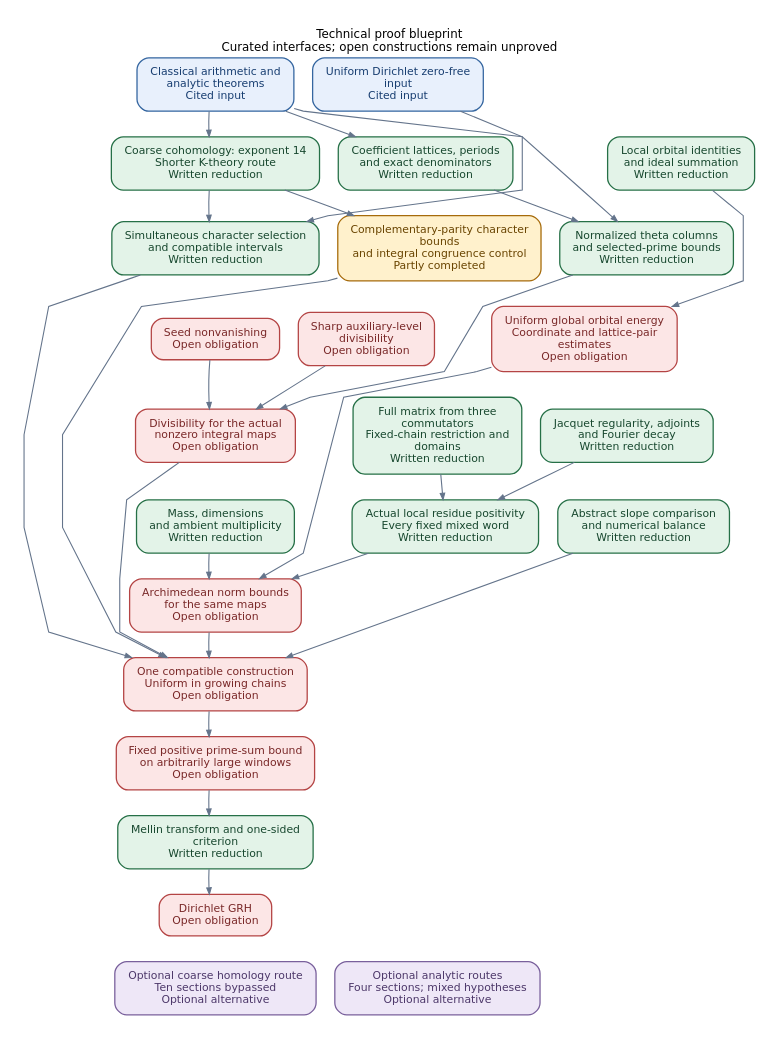
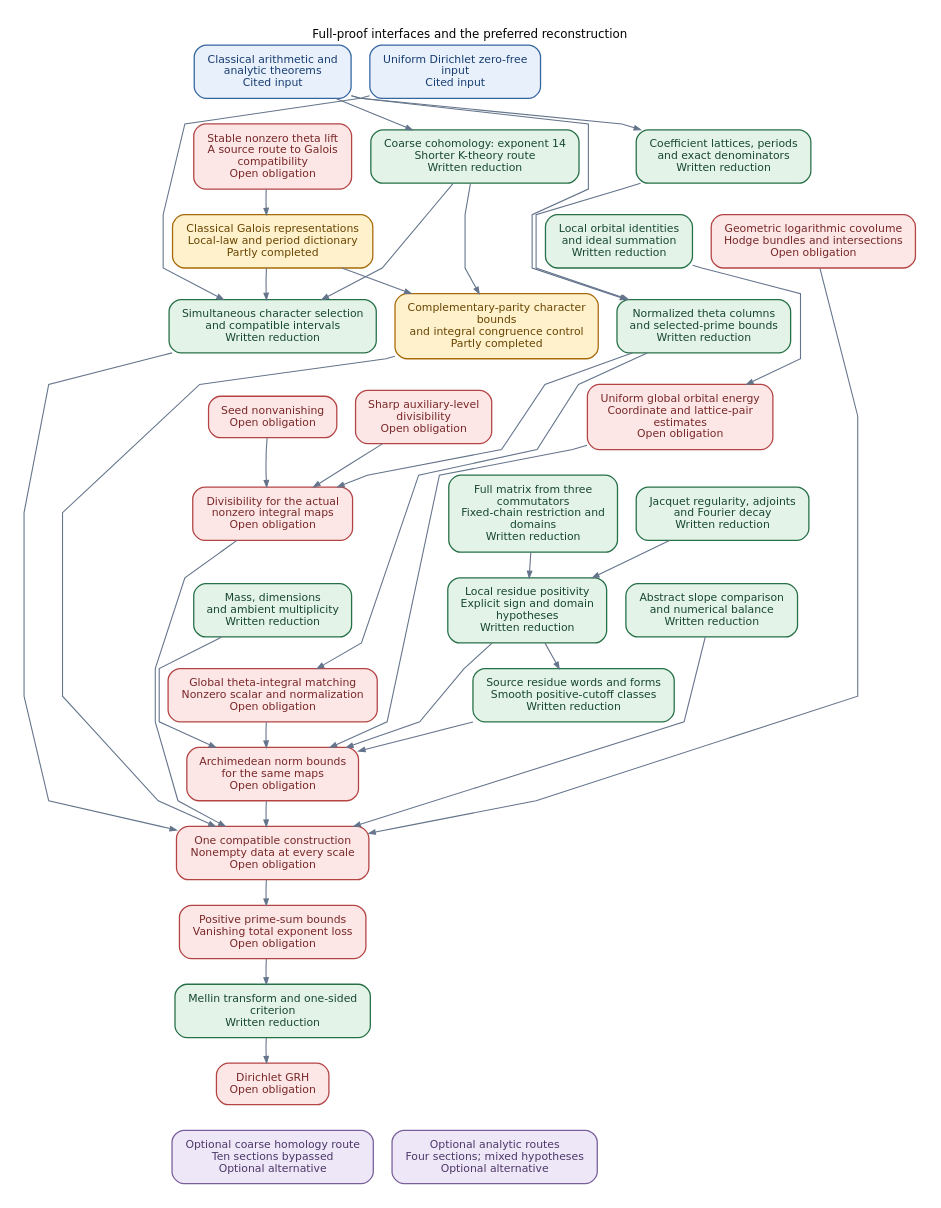
One commit to JoseBrox/GRH_distillation changed the diagram in blueprint/technical.dot. Above: the diagram before and after it, drawn with Graphviz. The commit also changed 53 other files, not shown here.

Commit message:
Map the full proof program and strengthen analytic and local reductions

```diff
--- a/blueprint/technical.dot
+++ b/blueprint/technical.dot
@@ -1,92 +1,112 @@
 digraph proof {
 graph [rankdir=TB, bgcolor="white", pad="0.24", nodesep="0.30", ranksep="0.48",
-  fontname="DejaVu Sans", fontsize=12, labelloc=t, label="Technical proof blueprint\nCurated interfaces; open constructions remain unproved", splines=polyline];
+  fontname="DejaVu Sans", fontsize=12, labelloc=t, label="Full-proof interfaces and the preferred reconstruction", splines=polyline];
 node [shape=box, style="rounded,filled", fontname="DejaVu Sans", fontsize=11,
   margin="0.18,0.12", penwidth=1.3];
 edge [color="#64748B", penwidth=1.1, arrowsize=0.65];
 graph [nodesep="0.26", ranksep="0.36"];
 "qrh" [label="Uniform Dirichlet zero-free\ninput\nCited input", fillcolor="#E8F0FC", color="#3566A0", fontcolor="#173D70"];
 "classical" [label="Classical arithmetic and\nanalytic theorems\nCited input", fillcolor="#E8F0FC", color="#3566A0", fontcolor="#173D70"];
 "selection" [label="Simultaneous character selection\nand compatible intervals\nWritten reduction", fillcolor="#E3F3E8", color="#267047", fontcolor="#17472E"];
 "coarse" [label="Coarse cohomology: exponent 14\nShorter K-theory route\nWritten reduction", fillcolor="#E3F3E8", color="#267047", fontcolor="#17472E"];
 "refined" [label="Complementary-parity character\nbounds\nand integral congruence control\nPartly completed", fillcolor="#FFF1CC", color="#A66B0B", fontcolor="#694400"];
 "coefficients" [label="Coefficient lattices, periods\nand exact denominators\nWritten reduction", fillcolor="#E3F3E8", color="#267047", fontcolor="#17472E"];
 "theta" [label="Normalized theta columns\nand selected-prime bounds\nWritten reduction", fillcolor="#E3F3E8", color="#267047", fontcolor="#17472E"];
 "seed" [label="Seed nonvanishing\nOpen obligation", fillcolor="#FCE6E6", color="#B44444", fontcolor="#792828"];
 "level" [label="Sharp auxiliary-level\ndivisibility\nOpen obligation", fillcolor="#FCE6E6", color="#B44444", fontcolor="#792828"];
 "divisibility" [label="Divisibility for the actual\nnonzero integral maps\nOpen obligation", fillcolor="#FCE6E6", color="#B44444", fontcolor="#792828"];
 "local_orbits" [label="Local orbital identities\nand ideal summation\nWritten reduction", fillcolor="#E3F3E8", color="#267047", fontcolor="#17472E"];
 "global_orbits" [label="Uniform global orbital energy\nCoordinate and lattice-pair\nestimates\nOpen obligation", fillcolor="#FCE6E6", color="#B44444", fontcolor="#792828"];
 "dimensions" [label="Mass, dimensions\nand ambient multiplicity\nWritten reduction", fillcolor="#E3F3E8", color="#267047", fontcolor="#17472E"];
 "matrix" [label="Full matrix from three\ncommutators\nFixed-chain restriction and\ndomains\nWritten reduction", fillcolor="#E3F3E8", color="#267047", fontcolor="#17472E"];
 "jacquet" [label="Jacquet regularity, adjoints\nand Fourier decay\nWritten reduction", fillcolor="#E3F3E8", color="#267047", fontcolor="#17472E"];
-"residue" [label="Actual local residue positivity\nEvery fixed mixed word\nWritten reduction", fillcolor="#E3F3E8", color="#267047", fontcolor="#17472E"];
+"residue" [label="Local residue positivity\nExplicit sign and domain\nhypotheses\nWritten reduction", fillcolor="#E3F3E8", color="#267047", fontcolor="#17472E"];
 "norms" [label="Archimedean norm bounds\nfor the same maps\nOpen obligation", fillcolor="#FCE6E6", color="#B44444", fontcolor="#792828"];
 "slope" [label="Abstract slope comparison\nand numerical balance\nWritten reduction", fillcolor="#E3F3E8", color="#267047", fontcolor="#17472E"];
-"compatible" [label="One compatible construction\nUniform in growing chains\nOpen obligation", fillcolor="#FCE6E6", color="#B44444", fontcolor="#792828"];
-"bound" [label="Fixed positive prime-sum bound\non arbitrarily large windows\nOpen obligation", fillcolor="#FCE6E6", color="#B44444", fontcolor="#792828"];
+"compatible" [label="One compatible construction\nNonempty data at every scale\nOpen obligation", fillcolor="#FCE6E6", color="#B44444", fontcolor="#792828"];
+"bound" [label="Positive prime-sum bounds\nVanishing total exponent loss\nOpen obligation", fillcolor="#FCE6E6", color="#B44444", fontcolor="#792828"];
 "criterion" [label="Mellin transform and one-sided\ncriterion\nWritten reduction", fillcolor="#E3F3E8", color="#267047", fontcolor="#17472E"];
 "grh" [label="Dirichlet GRH\nOpen obligation", fillcolor="#FCE6E6", color="#B44444", fontcolor="#792828"];
 "alt_homology" [label="Optional coarse homology route\nTen sections bypassed\nOptional alternative", fillcolor="#EEE7F7", color="#79609C", fontcolor="#4C3769"];
 "alt_analytic" [label="Optional analytic routes\nFour sections; mixed hypotheses\nOptional alternative", fillcolor="#EEE7F7", color="#79609C", fontcolor="#4C3769"];
+"galois" [label="Classical Galois representations\nLocal-law and period dictionary\nPartly completed", fillcolor="#FFF1CC", color="#A66B0B", fontcolor="#694400"];
+"stable_lift" [label="Stable nonzero theta lift\nA source route to Galois\ncompatibility\nOpen obligation", fillcolor="#FCE6E6", color="#B44444", fontcolor="#792828"];
+"theta_identity" [label="Global theta-integral matching\nNonzero scalar and normalization\nOpen obligation", fillcolor="#FCE6E6", color="#B44444", fontcolor="#792828"];
+"geometry" [label="Geometric logarithmic covolume\nHodge bundles and intersections\nOpen obligation", fillcolor="#FCE6E6", color="#B44444", fontcolor="#792828"];
+"source_dictionary" [label="Source residue words and forms\nSmooth positive-cutoff classes\nWritten reduction", fillcolor="#E3F3E8", color="#267047", fontcolor="#17472E"];
 "qrh" -> "selection";
 "classical" -> "coarse";
 "coarse" -> "selection";
 "coarse" -> "refined";
 "classical" -> "coefficients";
 "classical" -> "theta";
 "coefficients" -> "theta";
 "theta" -> "divisibility";
 "seed" -> "divisibility";
 "level" -> "divisibility";
 "local_orbits" -> "global_orbits";
 "global_orbits" -> "norms";
 "dimensions" -> "norms";
 "matrix" -> "residue";
 "jacquet" -> "residue";
 "residue" -> "norms";
 "selection" -> "compatible";
 "refined" -> "compatible";
 "divisibility" -> "compatible";
 "norms" -> "compatible";
 "slope" -> "compatible";
 "compatible" -> "bound";
 "bound" -> "criterion";
 "criterion" -> "grh";
+"stable_lift" -> "galois";
+"galois" -> "selection";
+"galois" -> "refined";
+"theta" -> "theta_identity";
+"theta_identity" -> "norms";
+"geometry" -> "compatible";
+"residue" -> "source_dictionary";
+"source_dictionary" -> "norms";
 {rank=same; "classical"; "qrh";}
-{rank=same; "coarse"; "coefficients"; "local_orbits";}
+{rank=same; "stable_lift"; "coarse"; "coefficients";}
+{rank=same; "galois"; "local_orbits"; "geometry";}
 {rank=same; "selection"; "refined"; "theta";}
 {rank=same; "seed"; "level"; "global_orbits";}
 {rank=same; "divisibility"; "matrix"; "jacquet";}
 {rank=same; "dimensions"; "residue"; "slope";}
+{rank=same; "theta_identity"; "source_dictionary";}
 {rank=same; "norms";}
 {rank=same; "compatible";}
 {rank=same; "bound";}
 {rank=same; "criterion";}
 {rank=same; "grh";}
 {rank=same; "alt_homology"; "alt_analytic";}
 // Invisible edges below control layout only; they are not proof interfaces.
 "classical" -> "qrh" [style=invis, weight=50];
+"stable_lift" -> "coarse" [style=invis, weight=50];
 "coarse" -> "coefficients" [style=invis, weight=50];
-"coefficients" -> "local_orbits" [style=invis, weight=50];
+"galois" -> "local_orbits" [style=invis, weight=50];
+"local_orbits" -> "geometry" [style=invis, weight=50];
 "selection" -> "refined" [style=invis, weight=50];
 "refined" -> "theta" [style=invis, weight=50];
 "seed" -> "level" [style=invis, weight=50];
 "level" -> "global_orbits" [style=invis, weight=50];
 "divisibility" -> "matrix" [style=invis, weight=50];
 "matrix" -> "jacquet" [style=invis, weight=50];
 "dimensions" -> "residue" [style=invis, weight=50];
 "residue" -> "slope" [style=invis, weight=50];
+"theta_identity" -> "source_dictionary" [style=invis, weight=50];
 "alt_homology" -> "alt_analytic" [style=invis, weight=50];
-"classical" -> "coarse" [style=invis, weight=50];
-"coarse" -> "selection" [style=invis, weight=50];
+"classical" -> "stable_lift" [style=invis, weight=50];
+"stable_lift" -> "galois" [style=invis, weight=50];
+"galois" -> "selection" [style=invis, weight=50];
 "selection" -> "seed" [style=invis, weight=50];
 "seed" -> "divisibility" [style=invis, weight=50];
 "divisibility" -> "dimensions" [style=invis, weight=50];
-"dimensions" -> "norms" [style=invis, weight=50];
+"dimensions" -> "theta_identity" [style=invis, weight=50];
+"theta_identity" -> "norms" [style=invis, weight=50];
 "norms" -> "compatible" [style=invis, weight=50];
 "compatible" -> "bound" [style=invis, weight=50];
 "bound" -> "criterion" [style=invis, weight=50];
 "criterion" -> "grh" [style=invis, weight=50];
 "grh" -> "alt_homology" [style=invis, weight=50];
 }
```
